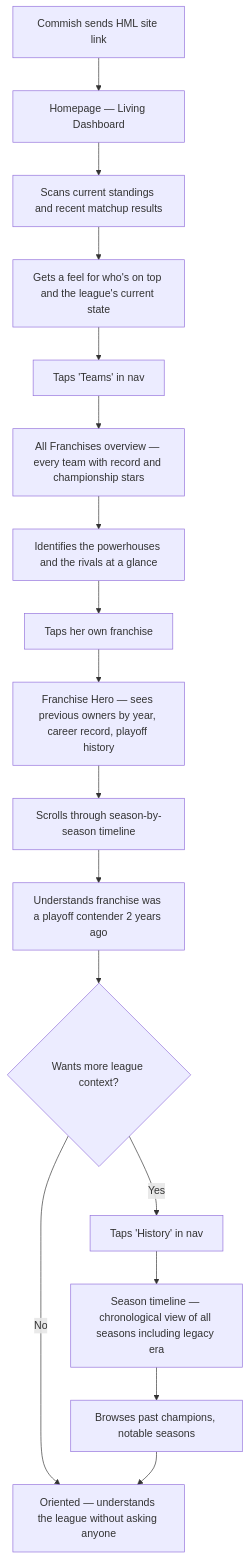
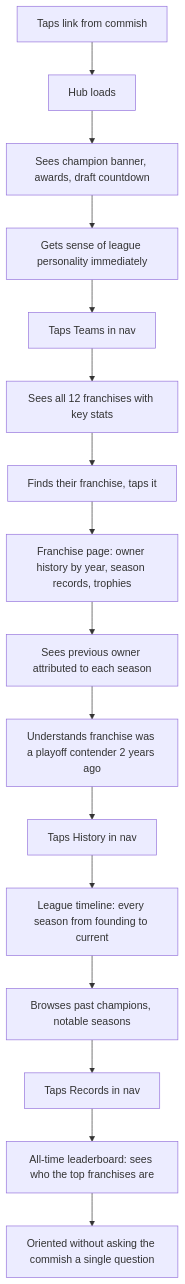
The third of 5 diagrams in _bmad-output/planning-artifacts/ux-design-specification.md (wbwright1/HMLML), drawn with Mermaid before and after one commit. The commit also changed other lines of this file and 49 other files, not shown here.

````diff
--- a/_bmad-output/planning-artifacts/ux-design-specification.md
+++ b/_bmad-output/planning-artifacts/ux-design-specification.md
@@ -642,19 +621,18 @@
 ```mermaid
 flowchart TD
-    A[Commish sends HML site link] --> B[Homepage — Living Dashboard]
-    B --> C[Scans current standings and recent matchup results]
-    C --> D[Gets a feel for who's on top and the league's current state]
-    D --> E[Taps 'Teams' in nav]
-    E --> F[All Franchises overview — every team with record and championship stars]
-    F --> G[Identifies the powerhouses and the rivals at a glance]
-    G --> H[Taps her own franchise]
-    H --> I[Franchise Hero — sees previous owners by year, career record, playoff history]
-    I --> J[Scrolls through season-by-season timeline]
-    J --> K[Understands franchise was a playoff contender 2 years ago]
-    K --> L{Wants more league context?}
-    L -->|Yes| M[Taps 'History' in nav]
-    M --> N[Season timeline — chronological view of all seasons including legacy era]
-    N --> O[Browses past champions, notable seasons]
-    L -->|No| P[Oriented — understands the league without asking anyone]
-    O --> P
+    A[Taps link from commish] --> B[Hub loads]
+    B --> C[Sees champion banner, awards, draft countdown]
+    C --> D[Gets sense of league personality immediately]
+    D --> E[Taps Teams in nav]
+    E --> F[Sees all 12 franchises with key stats]
+    F --> G[Finds their franchise, taps it]
+    G --> H[Franchise page: owner history by year, season records, trophies]
+    H --> I[Sees previous owner attributed to each season]
+    I --> J[Understands franchise was a playoff contender 2 years ago]
+    J --> K[Taps History in nav]
+    K --> L[League timeline: every season from founding to current]
+    L --> M[Browses past champions, notable seasons]
+    M --> N[Taps Records in nav]
+    N --> O[All-time leaderboard: sees who the top franchises are]
+    O --> P[Oriented without asking the commish a single question]
 ```
````
